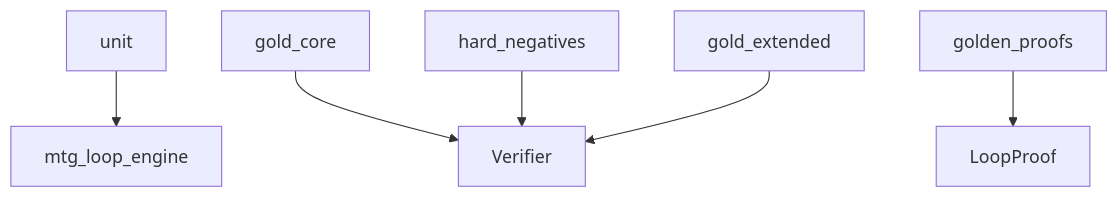
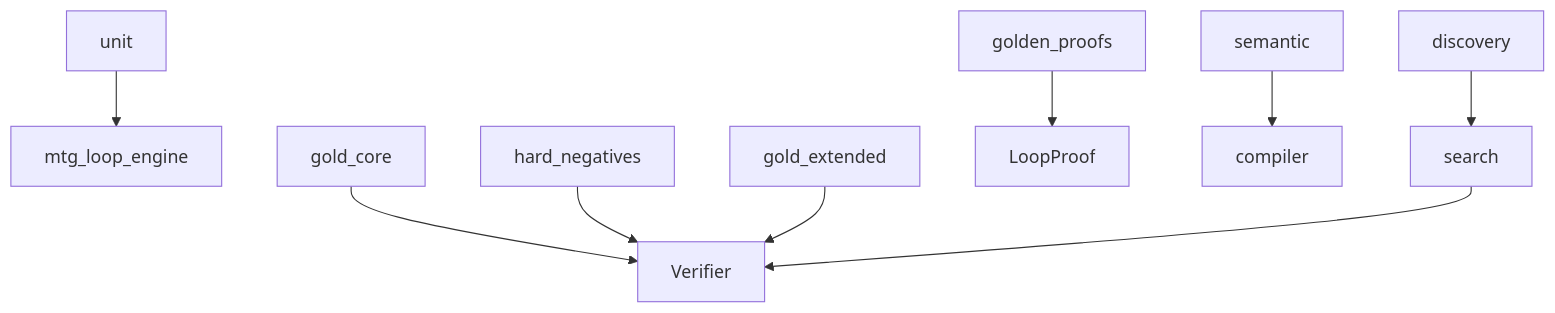
The diagram in tests/README.md (witzbeck/mtg-loop-engine), drawn with Mermaid before and after one commit. The commit also changed other lines of this file and 5 other files, not shown here.

````diff
--- a/tests/README.md
+++ b/tests/README.md
@@ -9,8 +9,11 @@
 ```mermaid
 graph TB;
   unit[unit] --> lib[mtg_loop_engine];
   goldCore[gold_core] --> verifier[Verifier];
   hardNeg[hard_negatives] --> verifier;
   goldExt[gold_extended] --> verifier;
   golden[golden_proofs] --> proofs[LoopProof];
+  semantic[semantic] --> compiler[compiler];
+  discovery[discovery] --> search[search];
+  search --> verifier;
 ```
````
